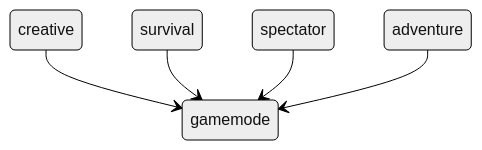
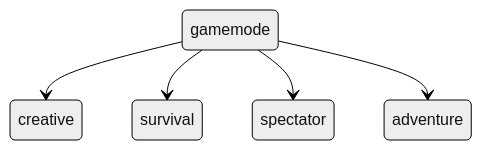
One commit to PaperMC/docs changed the diagram in docs/paper/dev/api/command-api/arguments-and-literals.mdx. Above: the diagram before and after it, drawn with Mermaid (neutral theme).

Commit message:
Reverse gamemode tree

````diff
--- a/docs/paper/dev/api/command-api/arguments-and-literals.mdx
+++ b/docs/paper/dev/api/command-api/arguments-and-literals.mdx
@@ -41,7 +41,7 @@
 ```mermaid
 stateDiagram-v2
-    creative --> gamemode
-    survival --> gamemode
-    spectator --> gamemode
-    adventure --> gamemode
+    gamemode --> creative
+    gamemode --> survival
+    gamemode --> spectator
+    gamemode --> adventure
 ```
````
